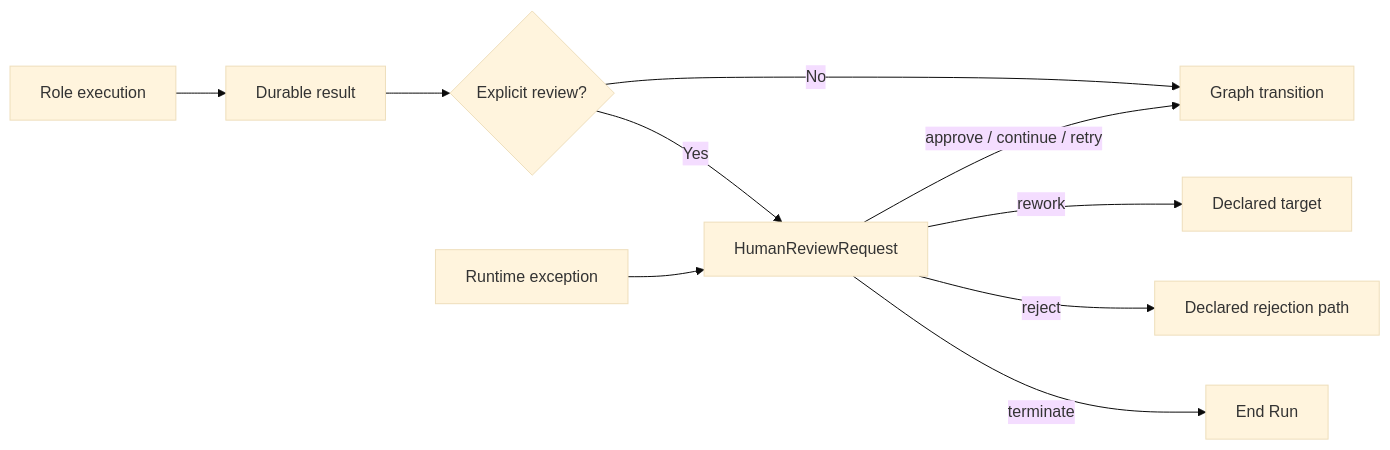
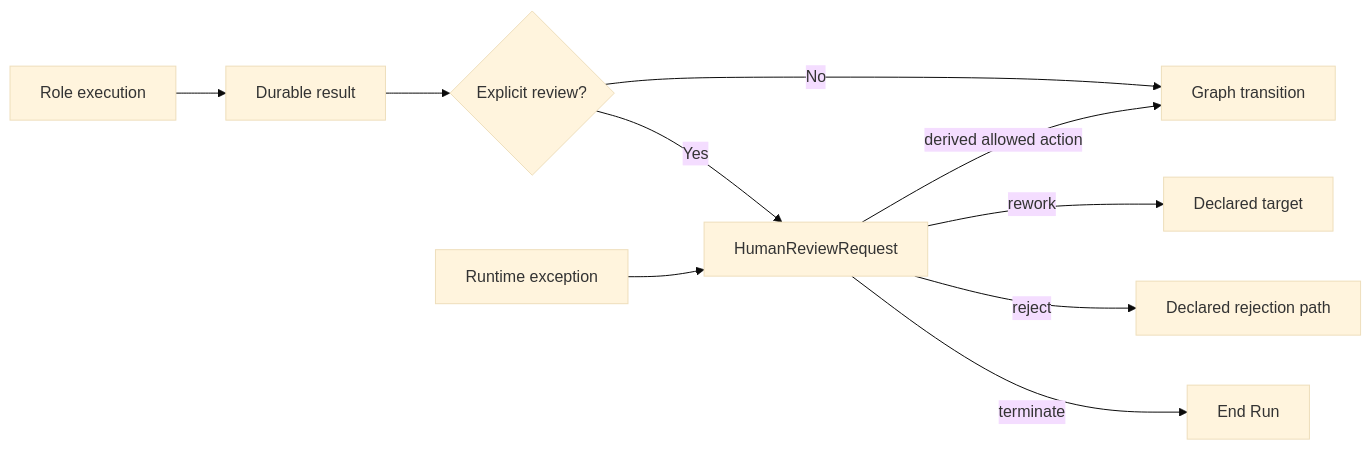
One commit to Fredericzhou/ogsystem changed the seventh of 7 diagrams in docs/development/role-execution-architecture.md. Above: the diagram before and after it, drawn with Mermaid (base theme). The commit also changed other lines of this file, not shown here.

````diff
--- a/docs/development/role-execution-architecture.md
+++ b/docs/development/role-execution-architecture.md
@@ -1952,12 +1970,12 @@
 ```mermaid
 flowchart LR
     A["Role execution"] --> B["Durable result"]
     B --> C{"Explicit review?"}
     C -->|No| D["Graph transition"]
     C -->|Yes| E["HumanReviewRequest"]
     X["Runtime exception"] --> E
-    E -->|approve / continue / retry| D
+    E -->|derived allowed action| D
     E -->|rework| F["Declared target"]
     E -->|reject| G["Declared rejection path"]
     E -->|terminate| I["End Run"]
 ```
````
